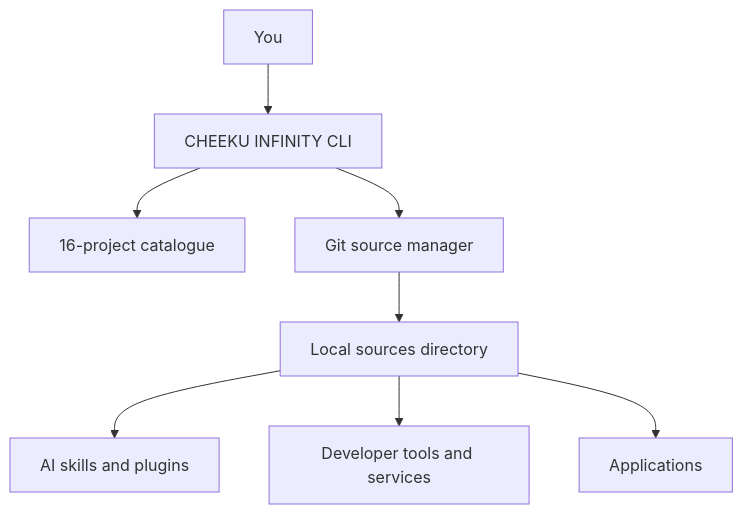
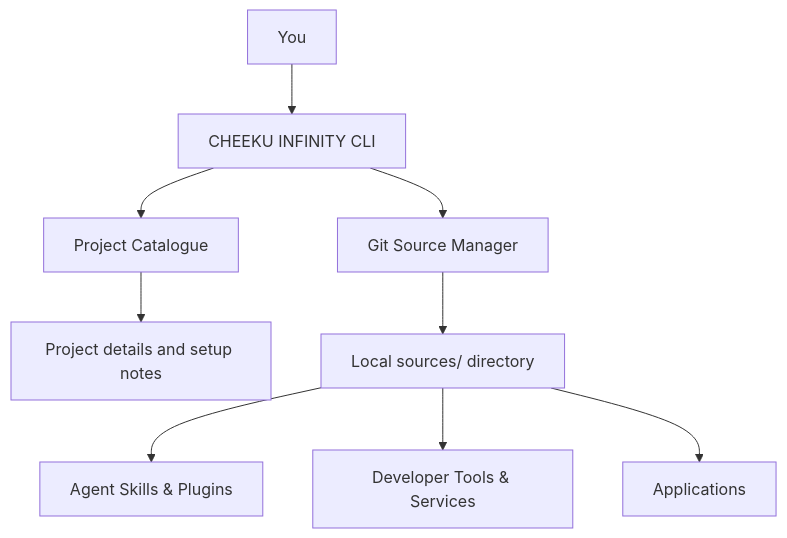
One commit to MrCheeku/cheeku-infinity changed the diagram in README.md. Above: the diagram before and after it, drawn with Mermaid. The commit also changed other lines of this file, not shown here.

Commit message:
docs: redesign README in polished open-source project style

```diff
--- a/README.md
+++ b/README.md
@@ -112,10 +146,11 @@
 ~~~mermaid
 flowchart TD
-    U["You"] --> CLI["CHEEKU INFINITY CLI"]
-    CLI --> CAT["16-project catalogue"]
-    CLI --> GIT["Git source manager"]
-    GIT --> SRC["Local sources directory"]
-    SRC --> A["AI skills and plugins"]
-    SRC --> T["Developer tools and services"]
-    SRC --> AP["Applications"]
+    USER["You"] --> CLI["CHEEKU INFINITY CLI"]
+    CLI --> CAT["Project Catalogue"]
+    CLI --> GIT["Git Source Manager"]
+    CAT --> INFO["Project details and setup notes"]
+    GIT --> LOCAL["Local sources/ directory"]
+    LOCAL --> SKILLS["Agent Skills & Plugins"]
+    LOCAL --> TOOLS["Developer Tools & Services"]
+    LOCAL --> APPS["Applications"]
 ~~~
```
